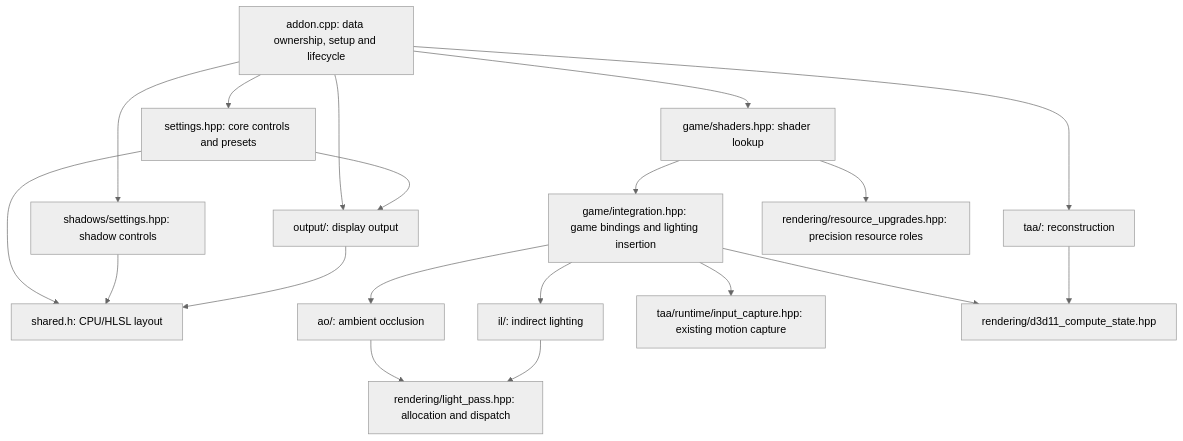
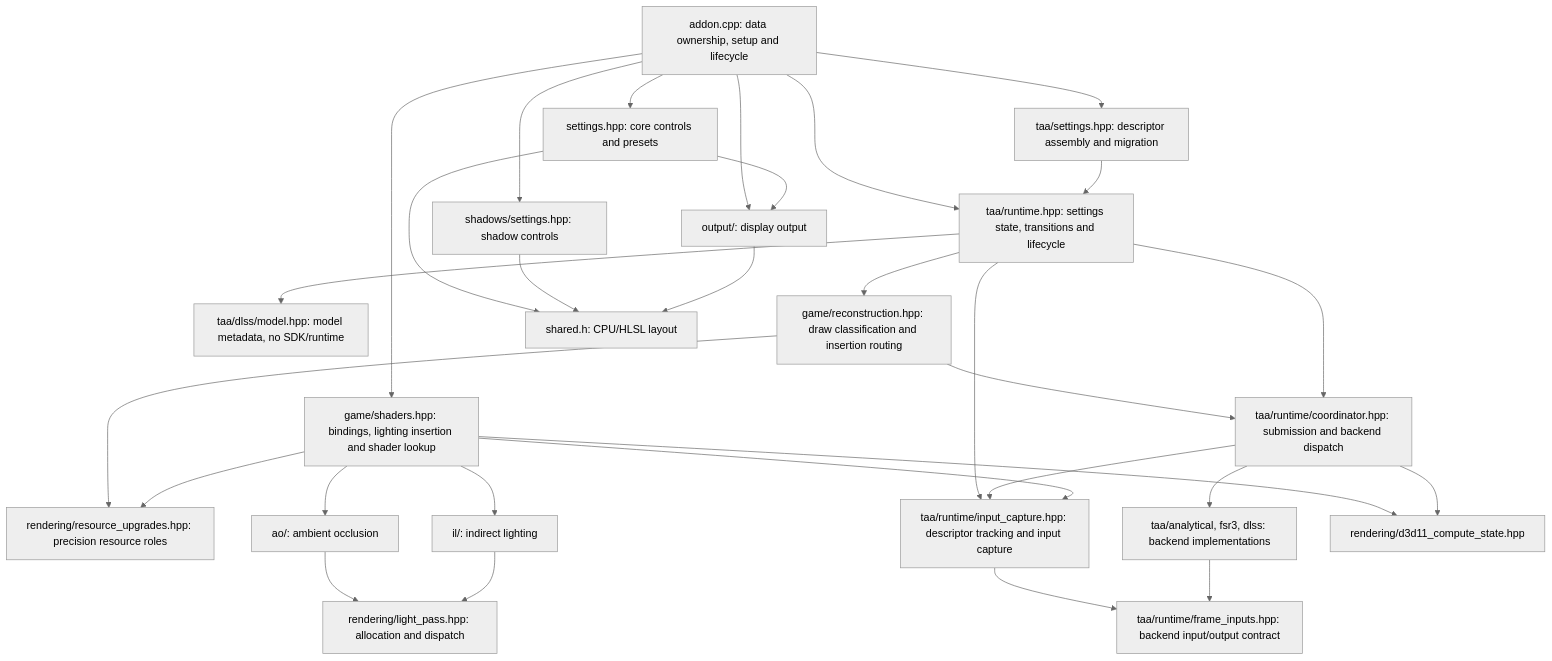
The diagram in src/games/mgsv/docs/ARCHITECTURE.md (mqhaji/renodx), drawn with Mermaid (neutral theme) before and after one commit. The commit also changed other lines of this file and 24 other files, not shown here.

````diff
--- a/src/games/mgsv/docs/ARCHITECTURE.md
+++ b/src/games/mgsv/docs/ARCHITECTURE.md
@@ -11,21 +21,32 @@
 ```mermaid
 flowchart TD
     Entry["addon.cpp: data ownership, setup and lifecycle"] --> Core["settings.hpp: core controls and presets"]
     Entry --> Shadows["shadows/settings.hpp: shadow controls"]
-    Entry --> Registry["game/shaders.hpp: shader lookup"]
-    Entry --> TAA["taa/: reconstruction"]
+    Entry --> Registry["game/shaders.hpp: bindings, lighting insertion and shader lookup"]
+    Entry --> Runtime["taa/runtime.hpp: settings state, transitions and lifecycle"]
+    Entry --> TemporalSettings["taa/settings.hpp: descriptor assembly and migration"]
+    TemporalSettings --> Runtime
+    Runtime --> Model["taa/dlss/model.hpp: model metadata, no SDK/runtime"]
+    Runtime --> TemporalGame["game/reconstruction.hpp: draw classification and insertion routing"]
+    TemporalGame --> Coordinator["taa/runtime/coordinator.hpp: submission and backend dispatch"]
+    TemporalGame --> Precision
+    Runtime --> Coordinator
+    Runtime --> Capture["taa/runtime/input_capture.hpp: descriptor tracking and input capture"]
+    Coordinator --> Capture
+    Capture --> Contract["taa/runtime/frame_inputs.hpp: backend input/output contract"]
+    Coordinator --> Backends["taa/analytical, fsr3, dlss: backend implementations"]
+    Backends --> Contract
     Entry --> Output["output/: display output"]
     Core --> Output
     Core --> Layout["shared.h: CPU/HLSL layout"]
     Shadows --> Layout
     Output --> Layout
-    Registry --> Integration["game/integration.hpp: game bindings and lighting insertion"]
     Registry --> Precision["rendering/resource_upgrades.hpp: precision resource roles"]
-    Integration --> AO["ao/: ambient occlusion"]
-    Integration --> GI["il/: indirect lighting"]
-    Integration --> Capture["taa/runtime/input_capture.hpp: existing motion capture"]
+    Registry --> AO["ao/: ambient occlusion"]
+    Registry --> GI["il/: indirect lighting"]
+    Registry --> Capture
     AO --> Lighting["rendering/light_pass.hpp: allocation and dispatch"]
     GI --> Lighting
-    Integration --> State["rendering/d3d11_compute_state.hpp"]
-    TAA --> State
+    Registry --> State["rendering/d3d11_compute_state.hpp"]
+    Coordinator --> State
 ```
````
